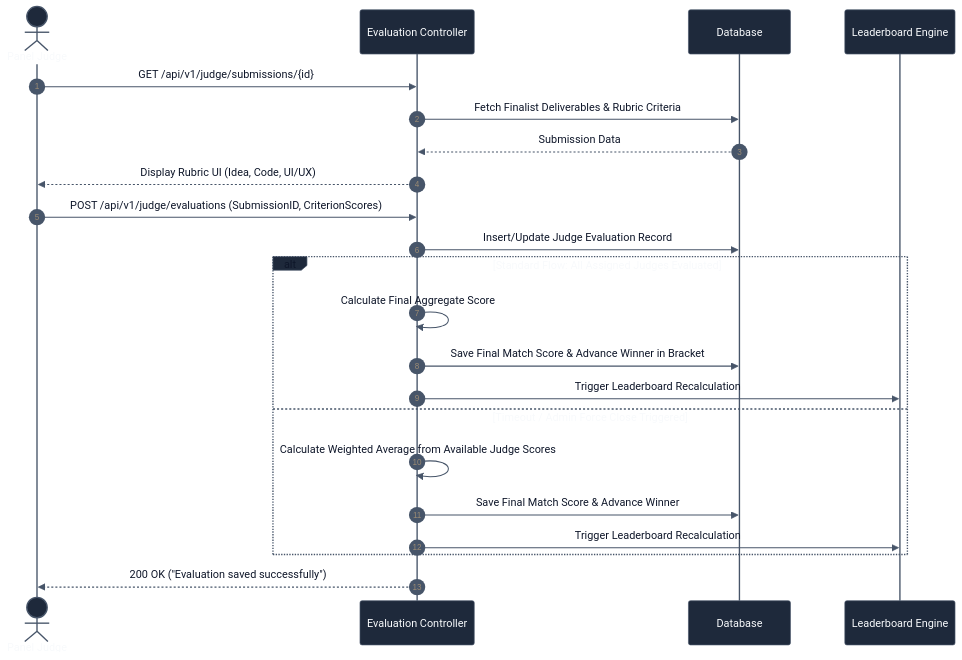
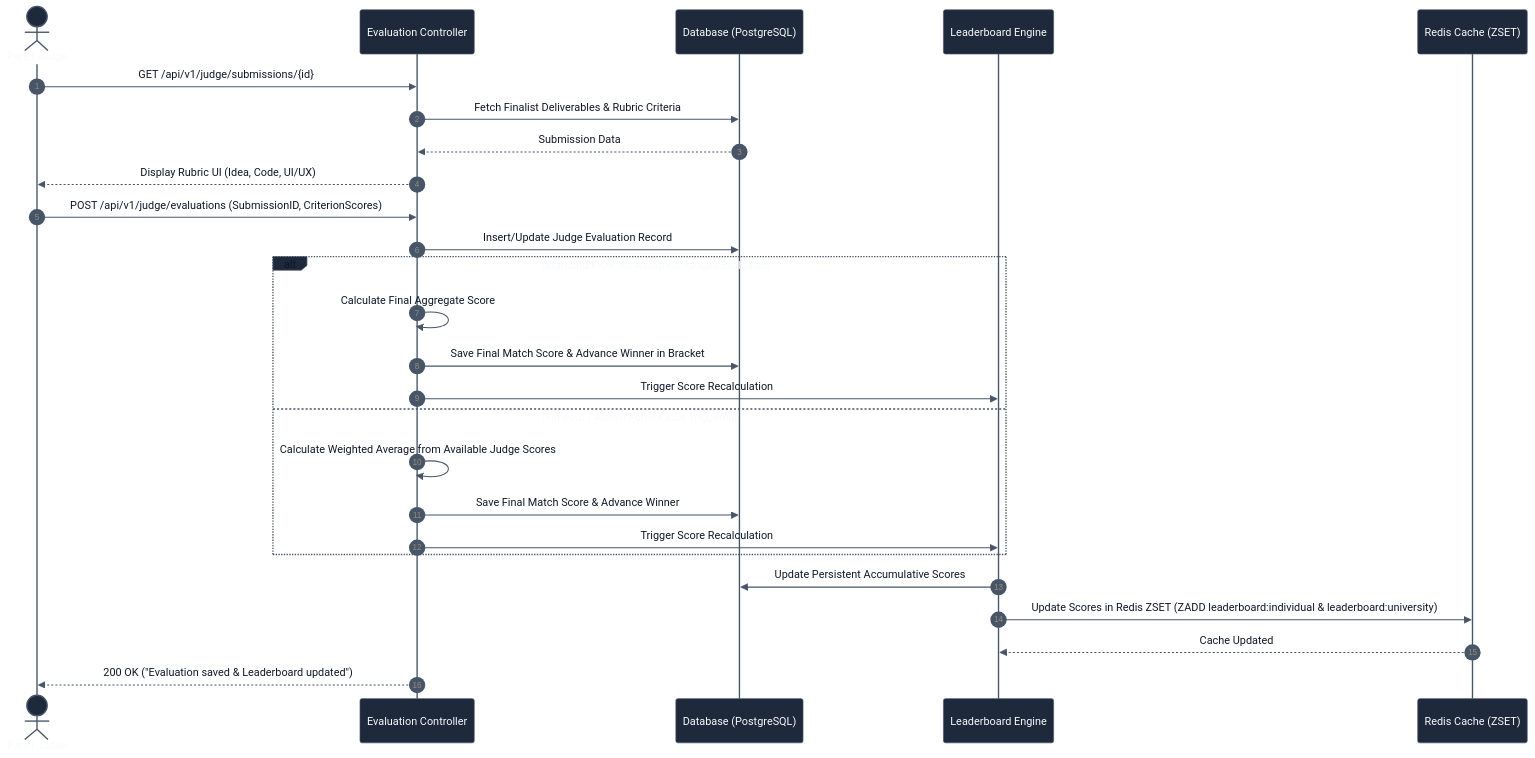
The diagram in diagrams/judge-panel.mmd (Onyx-League/Onyx-League-Docs), drawn with Mermaid before and after one commit. The commit also changed 6 other files, not shown here.

Commit message:
docs:Update-SRS-to-V4&add-leaderboard-diagram&update-judge-diagram

```diff
--- a/diagrams/judge-panel.mmd
+++ b/diagrams/judge-panel.mmd
@@ -1,64 +1,60 @@
 ---
 config:
   theme: base
-
   themeVariables:
     primaryColor: "#334155"
     primaryBorderColor: "#64748b"
     primaryTextColor: "#0f172a"
-
     actorBkg: "#1e293b"
     actorBorder: "#475569"
     actorTextColor: "#f8fafc"
-
     secondaryColor: "#2563eb"
     secondaryBorderColor: "#3b82f6"
     secondaryTextColor: "#0f172a"
-
     tertiaryColor: "#e2e8f0"
     tertiaryBorderColor: "#94a3b8"
     tertiaryTextColor: "#0f172a"
-
     lineColor: "#64748b"
     signalColor: "#475569"
-
     noteBkgColor: "#f8fafc"
     noteBorderColor: "#94a3b8"
     noteTextColor: "#111827"
-
     labelTextColor: "#0f172a"
-
     fontFamily: "Inter, Segoe UI, Arial"
     fontSize: "16px"
-
   sequence:
     actorMargin: 80
     messageMargin: 45
     noteMargin: 20
 ---
 sequenceDiagram
   autonumber
   actor Judge as Panel Judge
   participant EvalAPI as Evaluation Controller
-  participant DB as Database
+  participant DB as Database (PostgreSQL)
   participant RankEngine as Leaderboard Engine
+  participant Cache as Redis Cache (ZSET)
 
   Judge->>EvalAPI: GET /api/v1/judge/submissions/{id}
   EvalAPI->>DB: Fetch Finalist Deliverables & Rubric Criteria
   DB-->>EvalAPI: Submission Data
   EvalAPI-->>Judge: Display Rubric UI (Idea, Code, UI/UX)
 
   Judge->>EvalAPI: POST /api/v1/judge/evaluations (SubmissionID, CriterionScores)
   EvalAPI->>DB: Insert/Update Judge Evaluation Record
   
   alt Standard Flow: All Assigned Judges Evaluated
       EvalAPI->>EvalAPI: Calculate Final Aggregate Score
       EvalAPI->>DB: Save Final Match Score & Advance Winner in Bracket
-      EvalAPI->>RankEngine: Trigger Leaderboard Recalculation
+      EvalAPI->>RankEngine: Trigger Score Recalculation
   else Timeout / Admin Force Close Triggered
       EvalAPI->>EvalAPI: Calculate Weighted Average from Available Judge Scores
       EvalAPI->>DB: Save Final Match Score & Advance Winner
-      EvalAPI->>RankEngine: Trigger Leaderboard Recalculation
+      EvalAPI->>RankEngine: Trigger Score Recalculation
   end
+
+  RankEngine->>DB: Update Persistent Accumulative Scores
+  RankEngine->>Cache: Update Scores in Redis ZSET (ZADD leaderboard:individual & leaderboard:university)
+  Cache-->>RankEngine: Cache Updated
   
-  EvalAPI-->>Judge: 200 OK ("Evaluation saved successfully")
+  EvalAPI-->>Judge: 200 OK ("Evaluation saved & Leaderboard updated")
```
